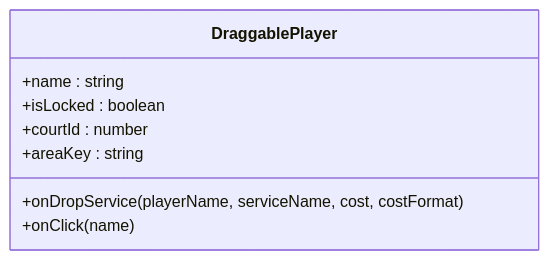
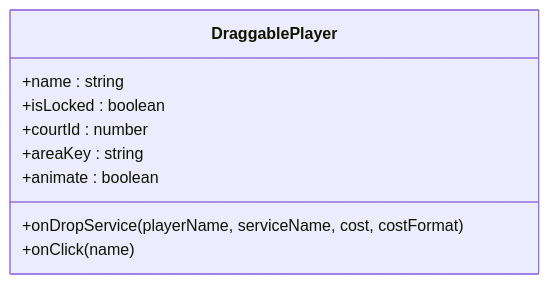
Before and after one commit to Vissel/badminton-court-management: the fourth of 12 diagrams in .qoder/repowiki/en/content/Court Management Interface.md, drawn with Mermaid. The commit also changed other lines of this file and 36 other files, not shown here.

````diff
--- a/.qoder/repowiki/en/content/Court Management Interface.md
+++ b/.qoder/repowiki/en/content/Court Management Interface.md
@@ -166,11 +181,12 @@
 ```mermaid
 classDiagram
 class DraggablePlayer {
 +name : string
 +isLocked : boolean
 +onDropService(playerName, serviceName, cost, costFormat)
 +onClick(name)
 +courtId : number
 +areaKey : string
++animate : boolean
 }
 ```
````
